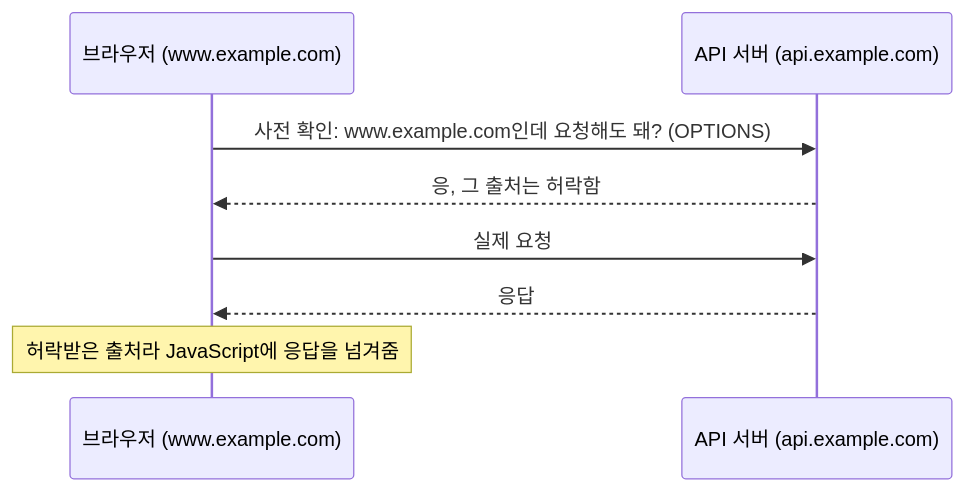
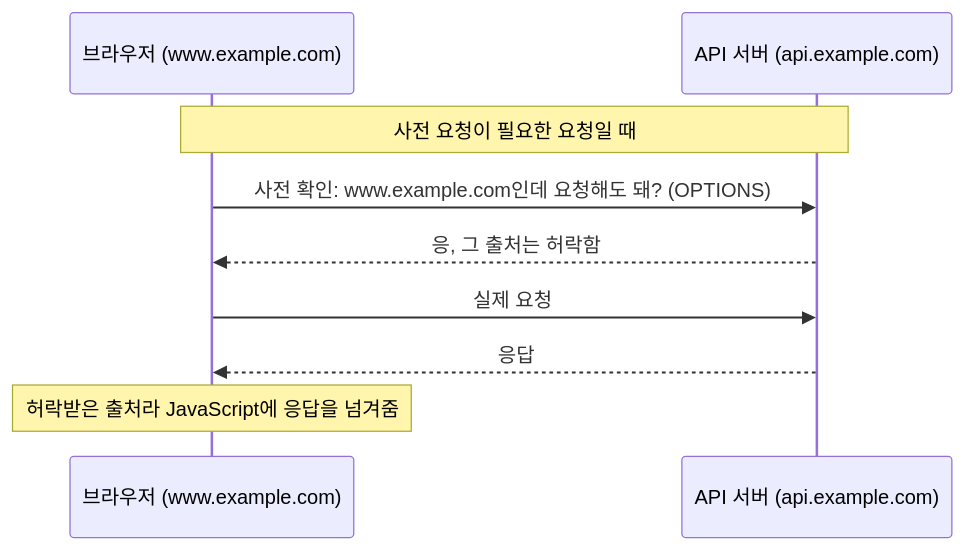
One commit to JangHwanPark/Note changed the fourth of 5 diagrams in CS_Basic/클라이언트-서버 구조 프론트엔드 관점(Frontend)/README.md. Above: the diagram before and after it, drawn with Mermaid. The commit also changed other lines of this file and 22 other files, not shown here.

Commit message:
note: 리뷰 지적 반영(CS_Basic, Architecture, NextJS, Canvas)

````diff
--- a/CS_Basic/클라이언트-서버 구조 프론트엔드 관점(Frontend)/README.md
+++ b/CS_Basic/클라이언트-서버 구조 프론트엔드 관점(Frontend)/README.md
@@ -156,10 +162,11 @@
 ```mermaid
 sequenceDiagram
     participant B as 브라우저 (www.example.com)
     participant S as API 서버 (api.example.com)
+    Note over B,S: 사전 요청이 필요한 요청일 때
     B->>S: 사전 확인: www.example.com인데 요청해도 돼? (OPTIONS)
     S-->>B: 응, 그 출처는 허락함
     B->>S: 실제 요청
     S-->>B: 응답
     Note over B: 허락받은 출처라 JavaScript에 응답을 넘겨줌
 ```
````
